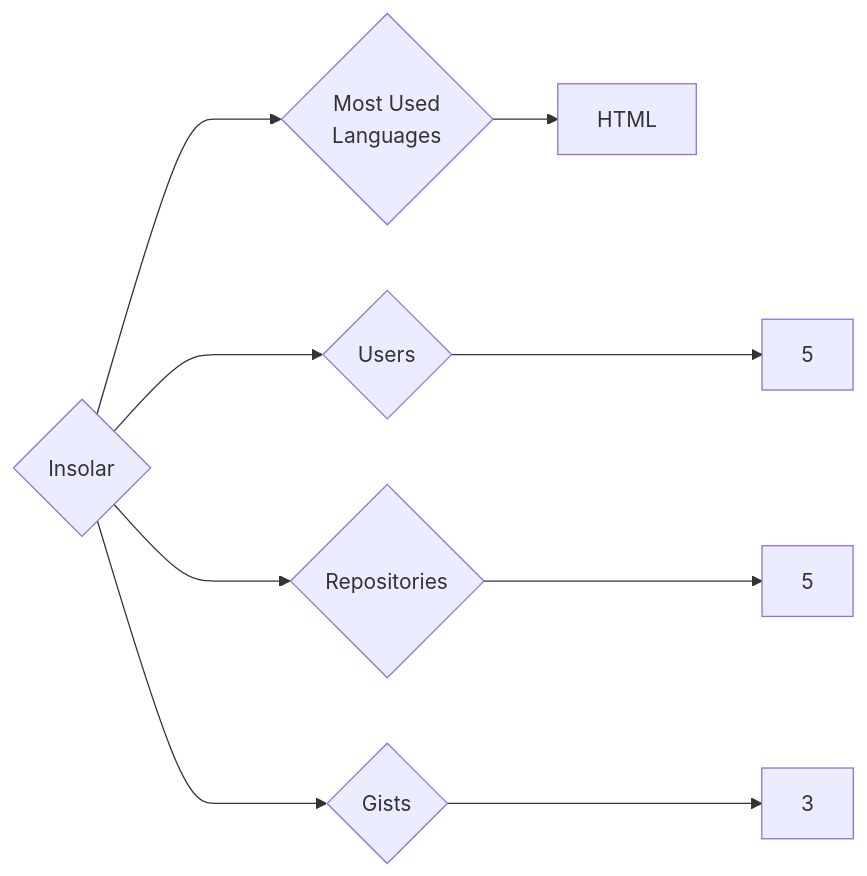
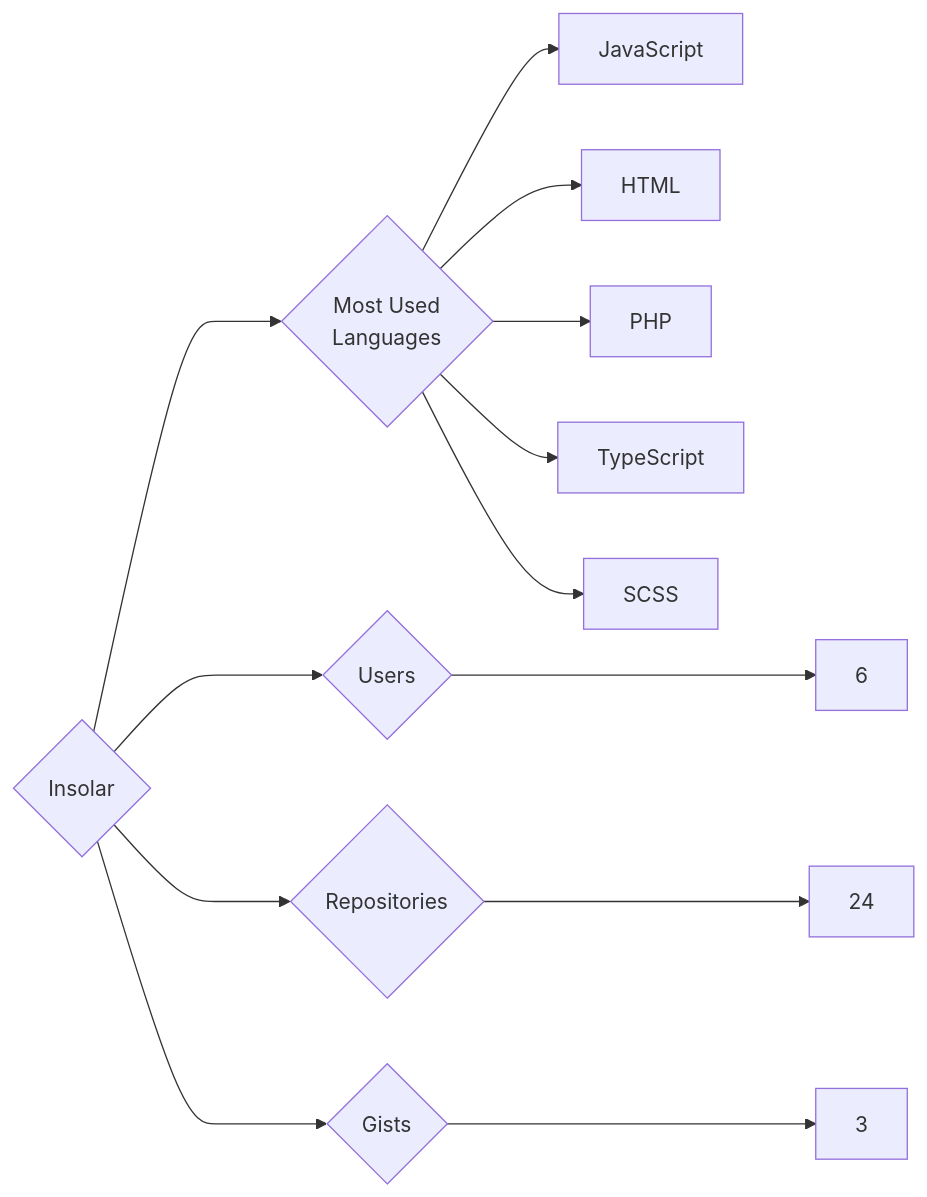
One commit to trickest/insiders changed the diagram in targets/Insolar/README.md. Above: the diagram before and after it, drawn with Mermaid. The commit also changed 724 other files, not shown here.

````diff
--- a/targets/Insolar/README.md
+++ b/targets/Insolar/README.md
@@ -3,9 +3,13 @@
 ```mermaid
 graph LR
 COMPANY_NAME{Insolar}
-COMPANY_NAME ---> U{Users} ---> UN[5]
-COMPANY_NAME ---> R{Repositories} ---> RN[5]
+COMPANY_NAME ---> U{Users} ---> UN[6]
+COMPANY_NAME ---> R{Repositories} ---> RN[24]
 COMPANY_NAME ---> G{Gists} ---> GN[3]
 COMPANY_NAME ---> ML{Most Used<br>Languages}
+ML --> JavaScript[JavaScript]
 ML --> HTML[HTML]
+ML --> PHP[PHP]
+ML --> TypeScript[TypeScript]
+ML --> SCSS[SCSS]
 ```
````
